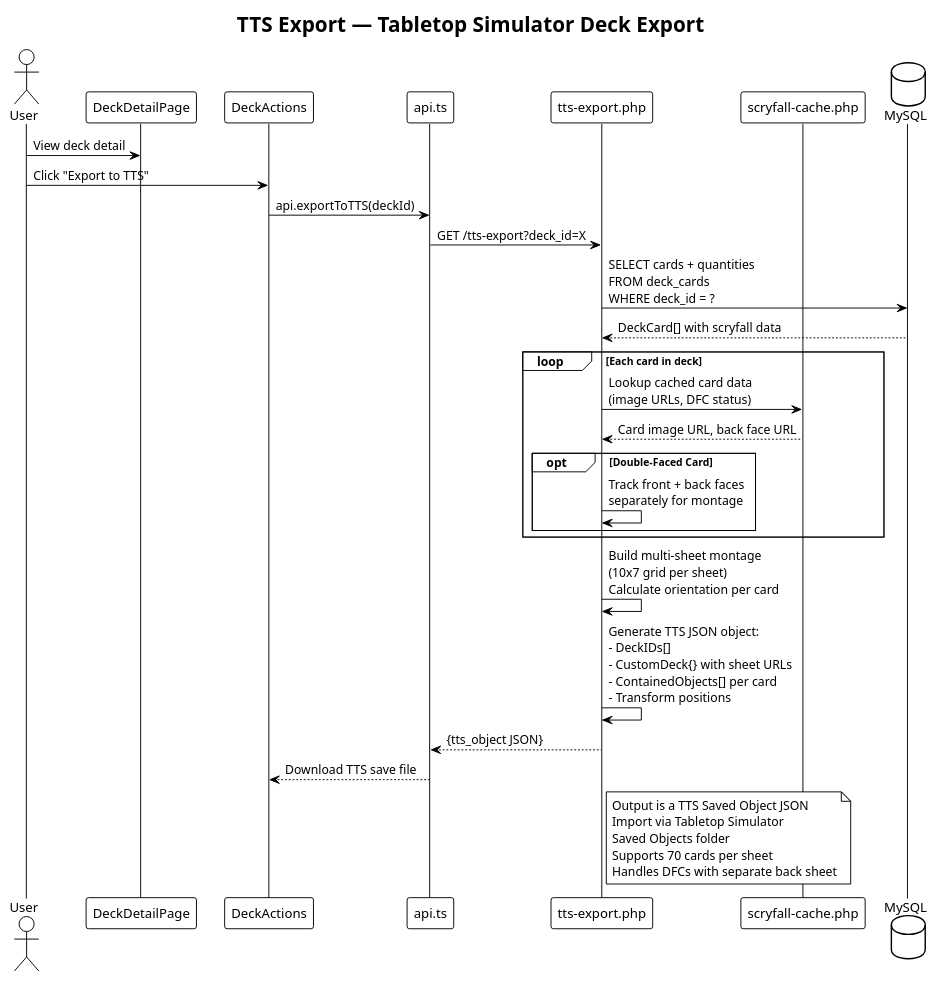
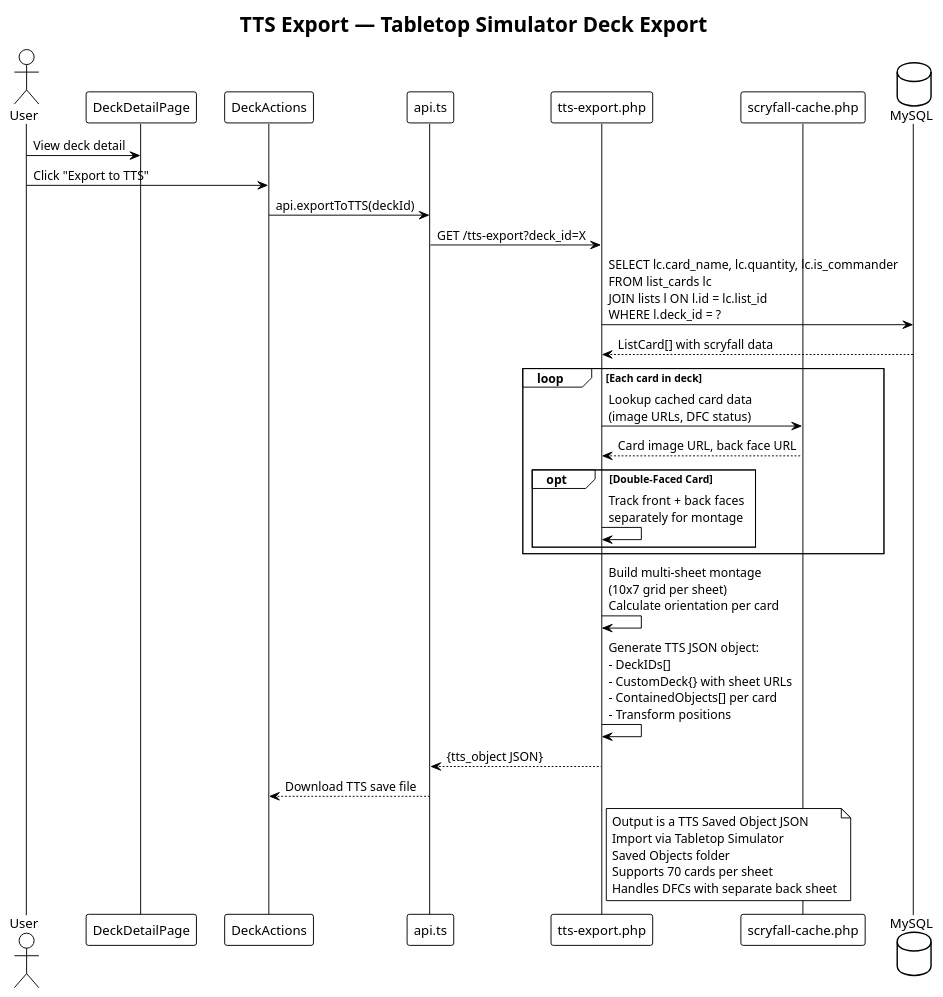
The tenth of 13 diagrams in docs/architecture-diagrams.puml (rickwphillips/commander-collector), drawn with PlantUML before and after one commit. The commit also changed other lines of this file and 140 other files, not shown here.

```diff
--- a/docs/architecture-diagrams.puml
+++ b/docs/architecture-diagrams.puml
@@ -837,45 +862,45 @@
 @startuml sequence-tts-export
 !theme plain
 title TTS Export — Tabletop Simulator Deck Export
 
 actor User
 participant "DeckDetailPage" as Detail
 participant "DeckActions" as Actions
 participant "api.ts" as API
 participant "tts-export.php" as TTS
 participant "scryfall-cache.php" as Scryfall
 database "MySQL" as DB
 
 User -> Detail : View deck detail
 User -> Actions : Click "Export to TTS"
 
 Actions -> API : api.exportToTTS(deckId)
 API -> TTS : GET /tts-export?deck_id=X
 
-TTS -> DB : SELECT cards + quantities\nFROM deck_cards\nWHERE deck_id = ?
-DB --> TTS : DeckCard[] with scryfall data
+TTS -> DB : SELECT lc.card_name, lc.quantity, lc.is_commander\nFROM list_cards lc\nJOIN lists l ON l.id = lc.list_id\nWHERE l.deck_id = ?
+DB --> TTS : ListCard[] with scryfall data
 
 loop Each card in deck
   TTS -> Scryfall : Lookup cached card data\n(image URLs, DFC status)
   Scryfall --> TTS : Card image URL, back face URL
 
   opt Double-Faced Card
     TTS -> TTS : Track front + back faces\nseparately for montage
   end
 end
 
 TTS -> TTS : Build multi-sheet montage\n(10x7 grid per sheet)\nCalculate orientation per card
 TTS -> TTS : Generate TTS JSON object:\n- DeckIDs[]\n- CustomDeck{} with sheet URLs\n- ContainedObjects[] per card\n- Transform positions
 
 TTS --> API : {tts_object JSON}
 API --> Actions : Download TTS save file
 
 note right of TTS
   Output is a TTS Saved Object JSON
   Import via Tabletop Simulator
   Saved Objects folder
   Supports 70 cards per sheet
   Handles DFCs with separate back sheet
 end note
 
 @enduml
```
